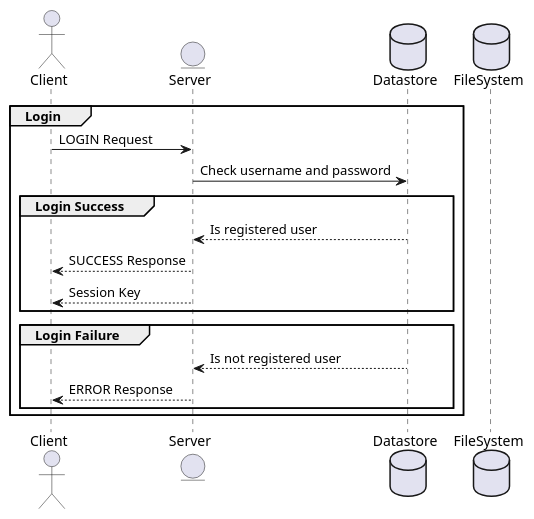
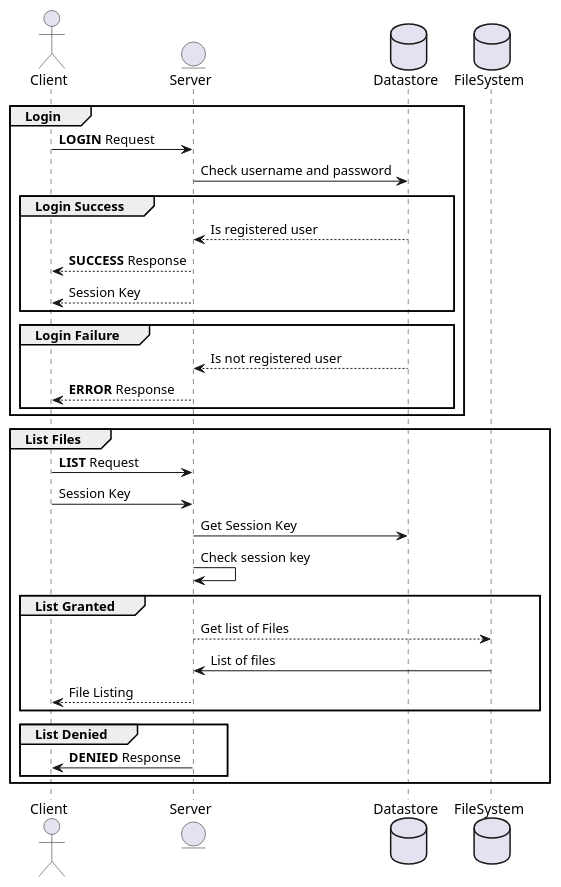
Before and after one commit to mdgriffin/distributed-computing-project: the diagram in sequence_diagram.puml, drawn with PlantUML.

Commit message:
Added sequence diagram for listing files

```diff
--- a/sequence_diagram.puml
+++ b/sequence_diagram.puml
@@ -7,23 +7,42 @@
 @startuml
 actor Client
 entity Server
 database Datastore
 database FileSystem
 
 group Login
-    Client -> Server: LOGIN Request
+    Client -> Server: **LOGIN** Request
 
     Server -> Datastore: Check username and password
 
     group Login Success
         Datastore --> Server: Is registered user
-        Server --> Client: SUCCESS Response
+        Server --> Client: **SUCCESS** Response
         Server --> Client: Session Key
     end
 
     group Login Failure
         Datastore --> Server: Is not registered user
-        Server --> Client: ERROR Response
+        Server --> Client: **ERROR** Response
+    end
+end
+
+
+group List Files
+
+    Client -> Server: **LIST** Request
+    Client -> Server: Session Key
+    Server -> Datastore: Get Session Key
+    Server -> Server: Check session key
+
+    group List Granted
+        Server --> FileSystem: Get list of Files
+        FileSystem -> Server: List of files
+        Server --> Client: File Listing
+    end
+
+    group List Denied
+        Server -> Client: **DENIED** Response
     end
 end
 @enduml
```
